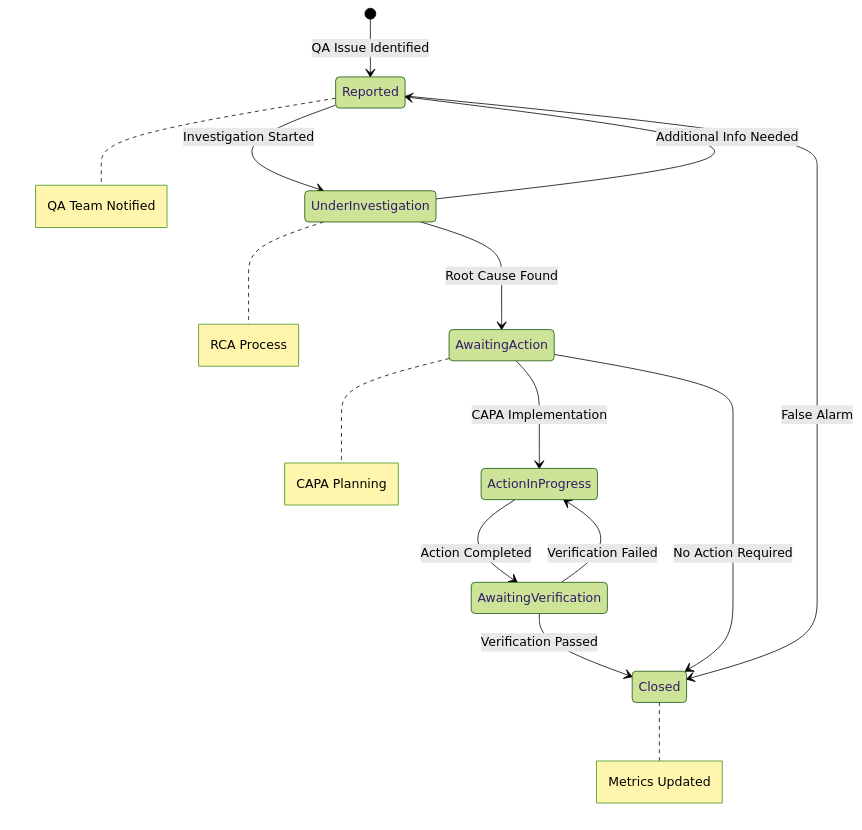
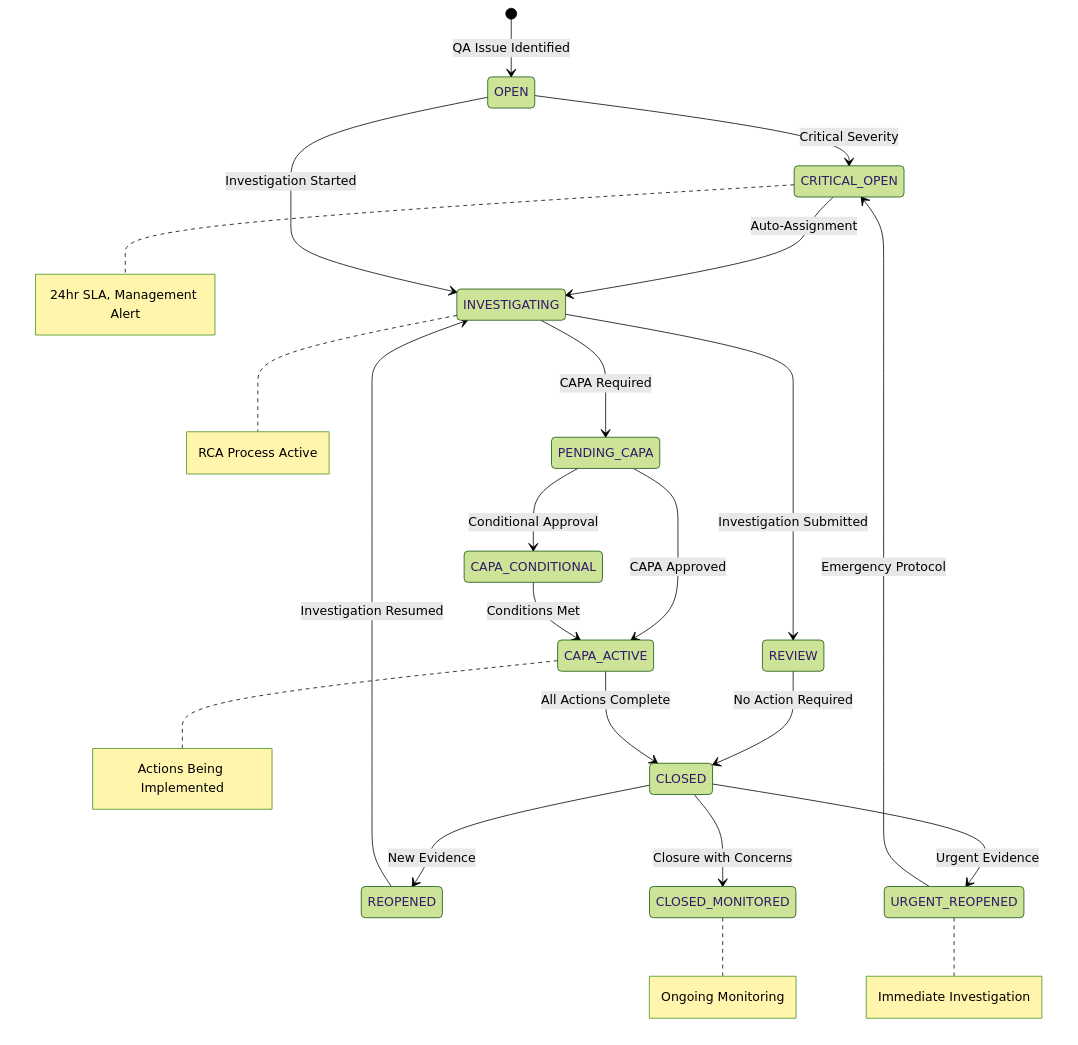
One commit to mean-machine-gc/openlis-global-code-analysis changed the first of 7 diagrams in docs/code-analysis/event-sourcing/03-qa-aggregate-lifecycle.md. Above: the diagram before and after it, drawn with Mermaid (forest theme). The commit also changed other lines of this file and 9 other files, not shown here.

````diff
--- a/docs/code-analysis/event-sourcing/03-qa-aggregate-lifecycle.md
+++ b/docs/code-analysis/event-sourcing/03-qa-aggregate-lifecycle.md
@@ -32,18 +32,25 @@
 ```mermaid
 stateDiagram-v2
-    [*] --> Reported : QA Issue Identified
-    Reported --> UnderInvestigation : Investigation Started
-    UnderInvestigation --> AwaitingAction : Root Cause Found
-    AwaitingAction --> ActionInProgress : CAPA Implementation
-    ActionInProgress --> AwaitingVerification : Action Completed
-    AwaitingVerification --> Closed : Verification Passed
-    AwaitingVerification --> ActionInProgress : Verification Failed
-    UnderInvestigation --> Reported : Additional Info Needed
-    AwaitingAction --> Closed : No Action Required
-    Reported --> Closed : False Alarm
+    [*] --> OPEN : QA Issue Identified
+    OPEN --> CRITICAL_OPEN : Critical Severity
+    CRITICAL_OPEN --> INVESTIGATING : Auto-Assignment
+    OPEN --> INVESTIGATING : Investigation Started
+    INVESTIGATING --> REVIEW : Investigation Submitted
+    INVESTIGATING --> PENDING_CAPA : CAPA Required
+    REVIEW --> CLOSED : No Action Required
+    PENDING_CAPA --> CAPA_ACTIVE : CAPA Approved
+    PENDING_CAPA --> CAPA_CONDITIONAL : Conditional Approval
+    CAPA_ACTIVE --> CLOSED : All Actions Complete
+    CAPA_CONDITIONAL --> CAPA_ACTIVE : Conditions Met
+    CLOSED --> REOPENED : New Evidence
+    CLOSED --> URGENT_REOPENED : Urgent Evidence
+    REOPENED --> INVESTIGATING : Investigation Resumed
+    URGENT_REOPENED --> CRITICAL_OPEN : Emergency Protocol
+    CLOSED --> CLOSED_MONITORED : Closure with Concerns
     
-    note right of Reported : QA Team Notified
-    note right of UnderInvestigation : RCA Process
-    note right of AwaitingAction : CAPA Planning
-    note right of Closed : Metrics Updated
+    note right of CRITICAL_OPEN : 24hr SLA, Management Alert
+    note right of INVESTIGATING : RCA Process Active
+    note right of CAPA_ACTIVE : Actions Being Implemented
+    note right of URGENT_REOPENED : Immediate Investigation
+    note right of CLOSED_MONITORED : Ongoing Monitoring
 ```
````
